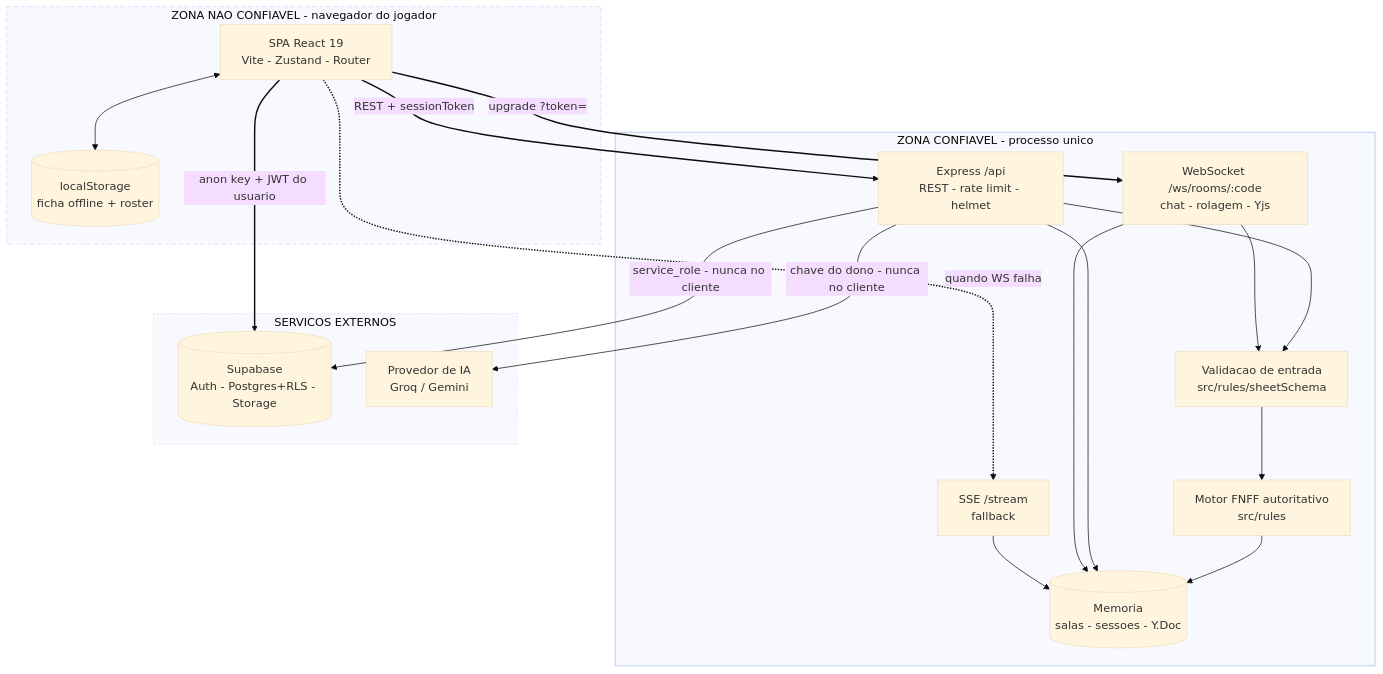
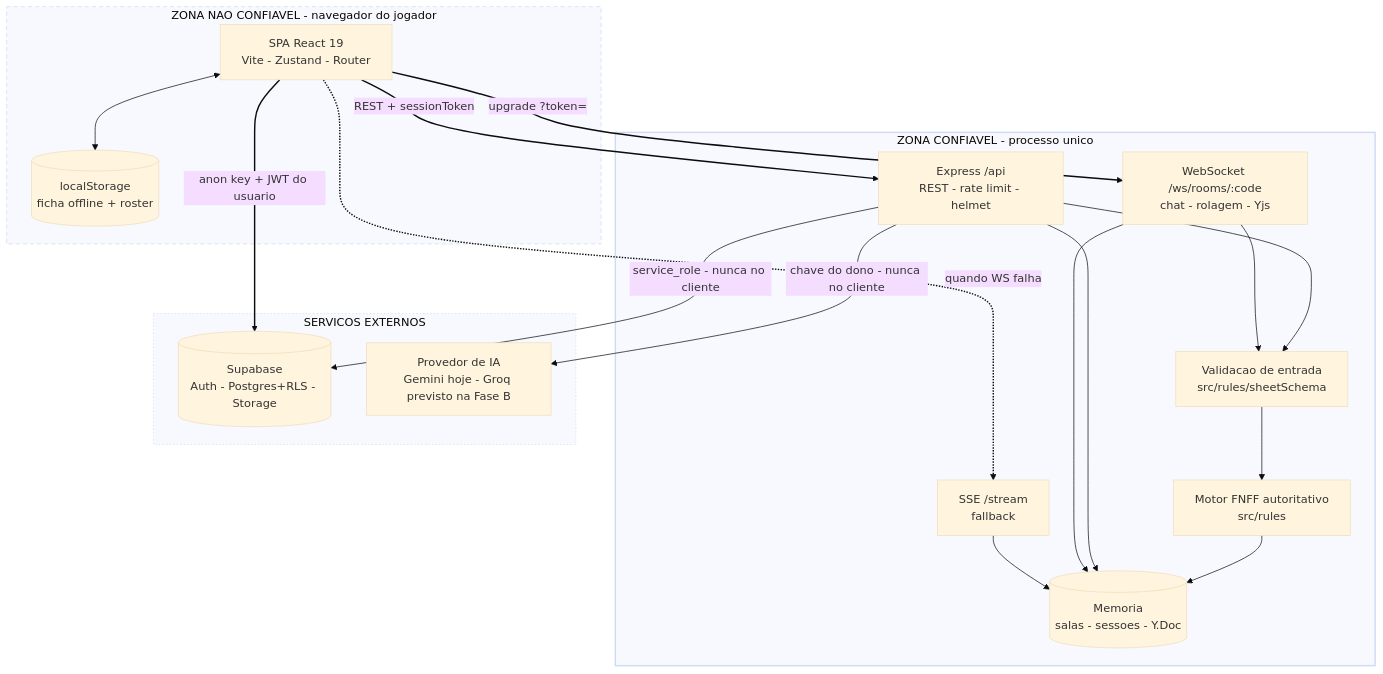
The first of 4 diagrams in docs/ARQUITETURA.md (tavinholoco/NetsheetEngine), drawn with Mermaid (base theme) before and after one commit. The commit also changed 10 other files, not shown here.

````diff
--- a/docs/ARQUITETURA.md
+++ b/docs/ARQUITETURA.md
@@ -27,43 +27,43 @@
 ```mermaid
 flowchart TB
     subgraph cliente["ZONA NAO CONFIAVEL - navegador do jogador"]
         SPA["SPA React 19<br/>Vite - Zustand - Router"]
         LS[("localStorage<br/>ficha offline + roster")]
     end
 
     subgraph servidor["ZONA CONFIAVEL - processo unico"]
         API["Express /api<br/>REST - rate limit - helmet"]
         WSS["WebSocket /ws/rooms/:code<br/>chat - rolagem - Yjs"]
         SSE["SSE /stream<br/>fallback"]
         VAL["Validacao de entrada<br/>src/rules/sheetSchema"]
         RULES["Motor FNFF autoritativo<br/>src/rules"]
         MEM[("Memoria<br/>salas - sessoes - Y.Doc")]
     end
 
     subgraph externo["SERVICOS EXTERNOS"]
         SB[("Supabase<br/>Auth - Postgres+RLS - Storage")]
-        AI["Provedor de IA<br/>Groq / Gemini"]
+        AI["Provedor de IA<br/>Gemini hoje - Groq previsto na Fase B"]
     end
 
     SPA -->|"REST + sessionToken"| API
     SPA -->|"upgrade ?token="| WSS
     SPA -.->|"quando WS falha"| SSE
     SPA -->|"anon key + JWT do usuario"| SB
     SPA <--> LS
 
     API --> VAL
     WSS --> VAL
     VAL --> RULES
     RULES --> MEM
     API --> MEM
     WSS --> MEM
     SSE --> MEM
 
     API -->|"service_role - nunca no cliente"| SB
     API -->|"chave do dono - nunca no cliente"| AI
 
     linkStyle 0,1,2,3 stroke-width:2px
     style cliente stroke-dasharray: 6 4
     style servidor stroke-width:2px
     style externo stroke-dasharray: 2 3
 ```
````
